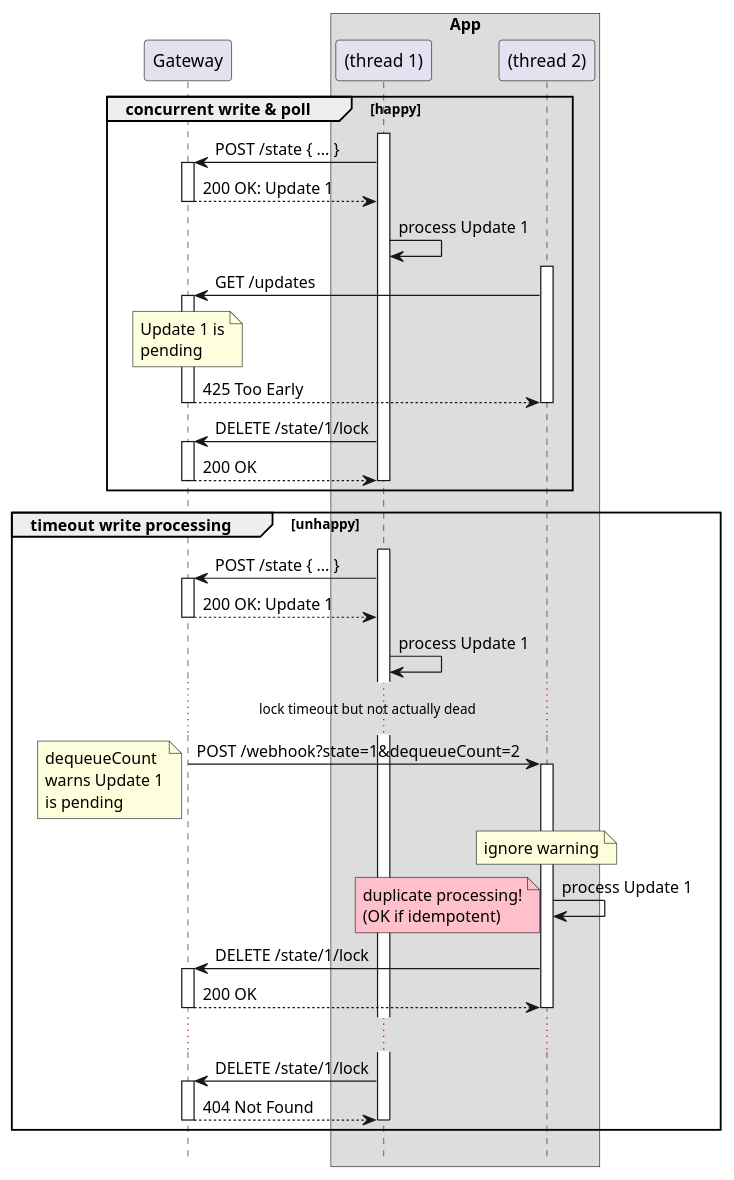
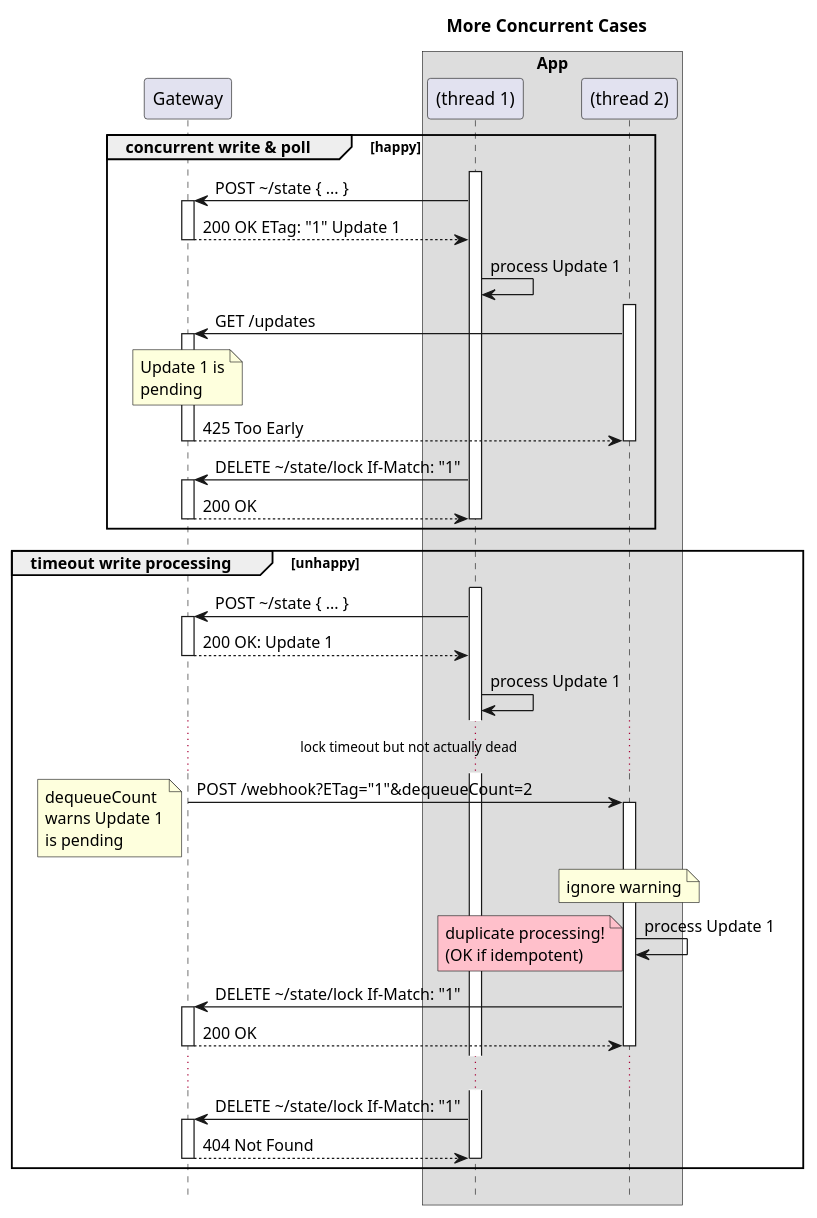
The diagram in architecture/api/http/6-with-concurrent.seq.puml (m-ld/m-ld-gateway), drawn with PlantUML before and after one commit. The commit also changed 27 other files, not shown here.

```diff
--- a/architecture/api/http/6-with-concurrent.seq.puml
+++ b/architecture/api/http/6-with-concurrent.seq.puml
@@ -1,57 +1,59 @@
 @startuml
 'https://plantuml.com/sequence-diagram
 !pragma teoz true
 hide footbox
+
+title More Concurrent Cases
 
 participant Gateway as gw
 box App
 participant "(thread 1)" as app
 participant "(thread 2)" as app2
 end box
 
 group concurrent write & poll [happy]
 activate app
-app -> gw ++: POST /state { ... }
-return 200 OK: Update 1
+app -> gw ++: POST \~/state { ... }
+return 200 OK ETag: "1" Update 1
 app -> app: process Update 1
 activate app2
 app2 -> gw ++: GET /updates
 note over gw
 Update 1 is
 pending
 end note
 return 425 Too Early
 deactivate app2
-app -> gw ++: DELETE /state/1/lock
+app -> gw ++: DELETE \~/state/lock If-Match: "1"
 return 200 OK
 deactivate app
 end group
 
 group timeout write processing [unhappy]
 activate app
-app -> gw ++: POST /state { ... }
+app -> gw ++: POST \~/state { ... }
 return 200 OK: Update 1
 app -> app: process Update 1
 ...lock timeout but not actually dead...
-gw -> app2 ++: POST /webhook?state=1&dequeueCount=2
+gw -> app2 ++: POST /webhook?ETag="1"&dequeueCount=2
 note left
 dequeueCount
 warns Update 1
 is pending
 end note
 note over app2: ignore warning
 app2 -> app2: process Update 1
 note left #pink
 duplicate processing!
 (OK if idempotent)
 end note
-app2 -> gw ++: DELETE /state/1/lock
+app2 -> gw ++: DELETE \~/state/lock If-Match: "1"
 return 200 OK
 deactivate app2
 ...
-app -> gw ++: DELETE /state/1/lock
+app -> gw ++: DELETE \~/state/lock If-Match: "1"
 return 404 Not Found
 deactivate app
 end group
 
 @enduml
```
